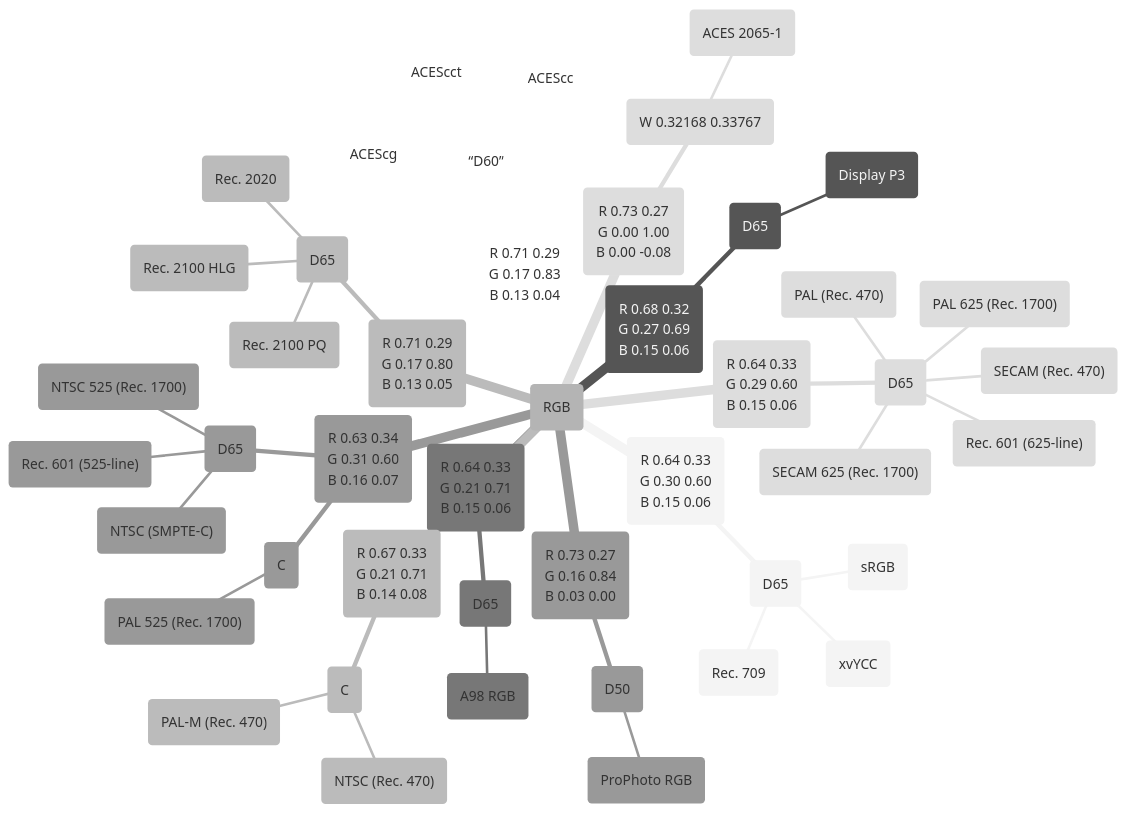
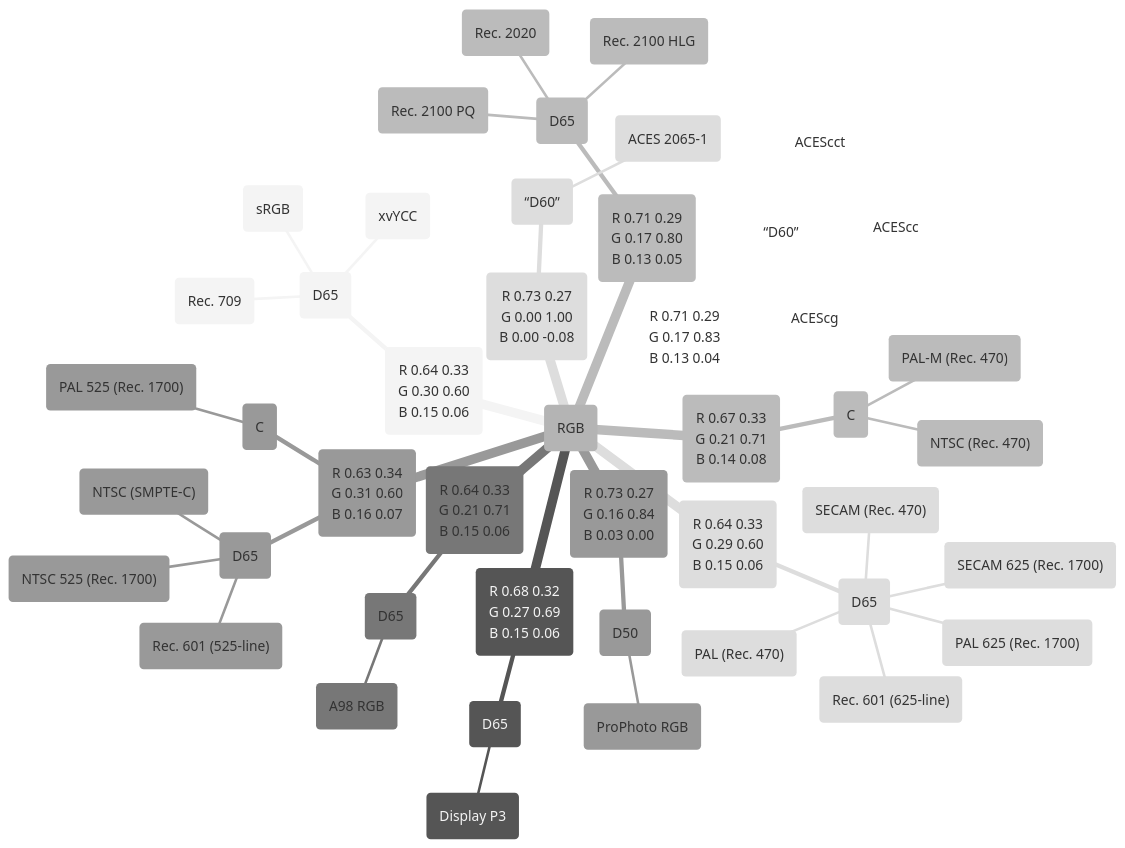
Before and after one commit to waacton/Unicolour: the second of 2 diagrams in README.md, drawn with Mermaid (neutral theme). The commit also changed other lines of this file and 248 other files, not shown here.

````diff
--- a/README.md
+++ b/README.md
@@ -664,49 +664,49 @@
 ```mermaid
 mindmap
   root(RGB)
     ("R 0.64 0.33<br> G 0.30 0.60<br>B 0.15 0.06")
       ("D65")
         ("sRGB")
         ("Rec. 709")
         ("xvYCC")
     ("R 0.68 0.32<br>G 0.27 0.69<br>B 0.15 0.06")
       ("D65")
         ("Display P3")
     ("R 0.71 0.29<br>G 0.17 0.80<br>B 0.13 0.05")
       ("D65")
         ("Rec. 2020")
         ("Rec. 2100 PQ")
         ("Rec. 2100 HLG")
     ("R 0.64 0.33<br>G 0.21 0.71<br>B 0.15 0.06")
       ("D65")
         ("A98 RGB")
     ("R 0.73 0.27<br>G 0.16 0.84<br>B 0.03 0.00")
       ("D50")
         ("ProPhoto RGB")
     ("R 0.73 0.27<br>G 0.00 1.00<br>B 0.00 -0.08")
-      ("W 0.32168 0.33767")
+      ("“D60”")
         ("ACES 2065-1")
     ("R 0.71 0.29<br>G 0.17 0.83<br>B 0.13 0.04")
       ("“D60”")
         ("ACEScg")
         ("ACEScct")
         ("ACEScc")
     ("R 0.64 0.33<br>G 0.29 0.60<br>B 0.15 0.06")
       ("D65")
         ("Rec. 601 (625-line)")
         ("PAL (Rec. 470)")
         ("PAL 625 (Rec. 1700)")
         ("SECAM (Rec. 470)")
         ("SECAM 625 (Rec. 1700)")
     ("R 0.67 0.33<br>G 0.21 0.71<br>B 0.14 0.08")
       ("C")
         ("PAL-M (Rec. 470)")
         ("NTSC (Rec. 470)")
     ("R 0.63 0.34<br>G 0.31 0.60<br>B 0.16 0.07")
       ("C")
         ("PAL 525 (Rec. 1700)")
       ("D65")
         ("Rec. 601 (525-line)")
         ("NTSC (SMPTE-C)")
         ("NTSC 525 (Rec. 1700)")
 ```
````
